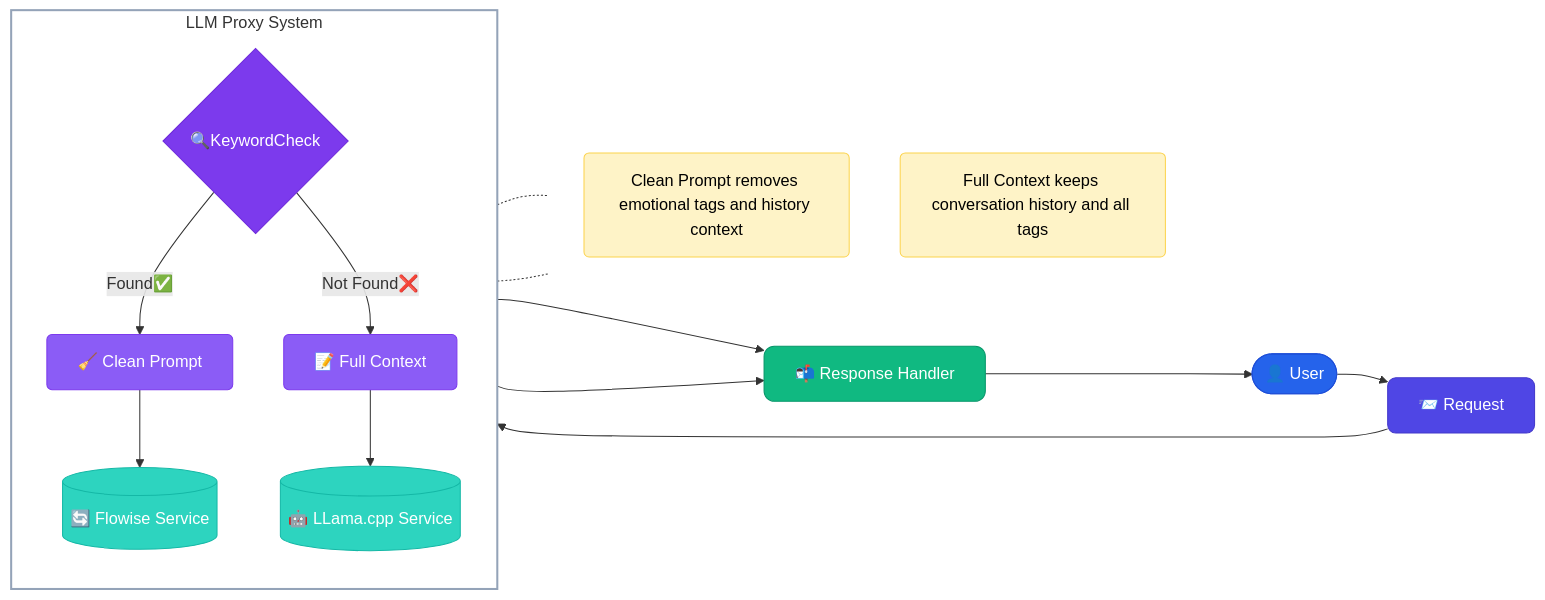
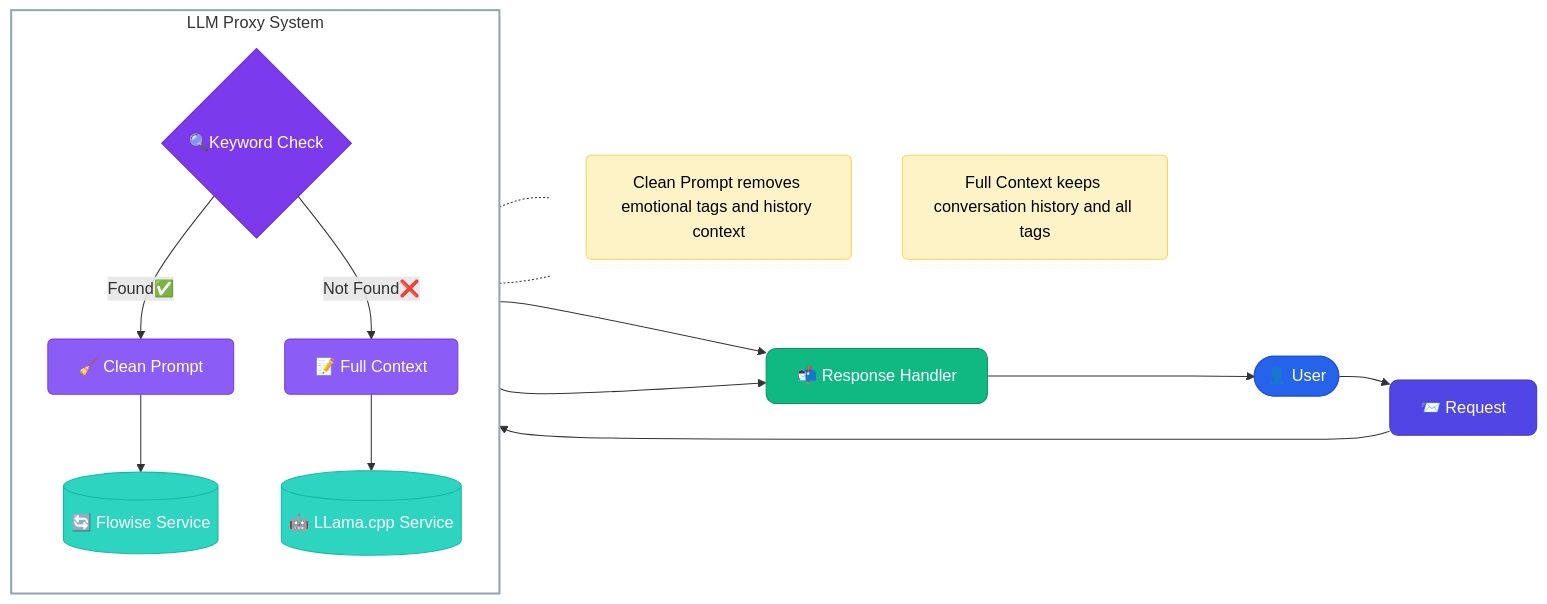
One commit to PPTG/LLM-Proxy-with-Keywords-Management-GUI changed the diagram in readme.md. Above: the diagram before and after it, drawn with Mermaid.

````diff
--- a/readme.md
+++ b/readme.md
@@ -7,43 +7,43 @@
 ```mermaid
 flowchart LR
     %% Style definitions
     classDef userStyle fill:#2563eb,stroke:#1d4ed8,color:white,rx:10,ry:10
     classDef systemStyle fill:#4f46e5,stroke:#4338ca,color:white,rx:8,ry:8
     classDef checkStyle fill:#7c3aed,stroke:#6d28d9,color:white,rx:15,ry:15
     classDef processStyle fill:#8b5cf6,stroke:#7c3aed,color:white,rx:5,ry:5
     classDef serviceStyle fill:#2dd4bf,stroke:#14b8a6,color:white,rx:10,ry:10
     classDef responseStyle fill:#10b981,stroke:#059669,color:white,rx:10,ry:10
 
     %% Nodes
     U([👤 User]):::userStyle --> R[📨 Request]:::systemStyle
-    R --> K{🔍KeywordCheck}:::checkStyle
+    R --> K{🔍Keyword Check}:::checkStyle
     
     subgraph proxy [" LLM Proxy System "]
         direction TB
         K --> |Found✅| C[🧹 Clean Prompt]:::processStyle
         K --> |Not Found❌| F[📝 Full Context]:::processStyle
         
         C --> FW[(🔄 Flowise Service)]:::serviceStyle
         F --> LL[(🤖 LLama.cpp Service)]:::serviceStyle
     end
     
     FW --> Resp[📬 Response Handler]:::responseStyle
     LL --> Resp
     Resp --> U
 
     %% Subgraph style
     style proxy fill:transparent,stroke:#94a3b8,stroke-width:2px
 
     %% Add notes
     subgraph notes [" "]
         direction TB
         n1[Clean Prompt removes emotional tags and history context]:::noteStyle
         n2[Full Context keeps conversation history and all tags]:::noteStyle
     end
     style notes fill:none,stroke:none
     classDef noteStyle fill:#fef3c7,stroke:#fcd34d,color:black,rx:5,ry:5
     
     %% Connect notes
     C -.- n1
     F -.- n2
 ```
````
